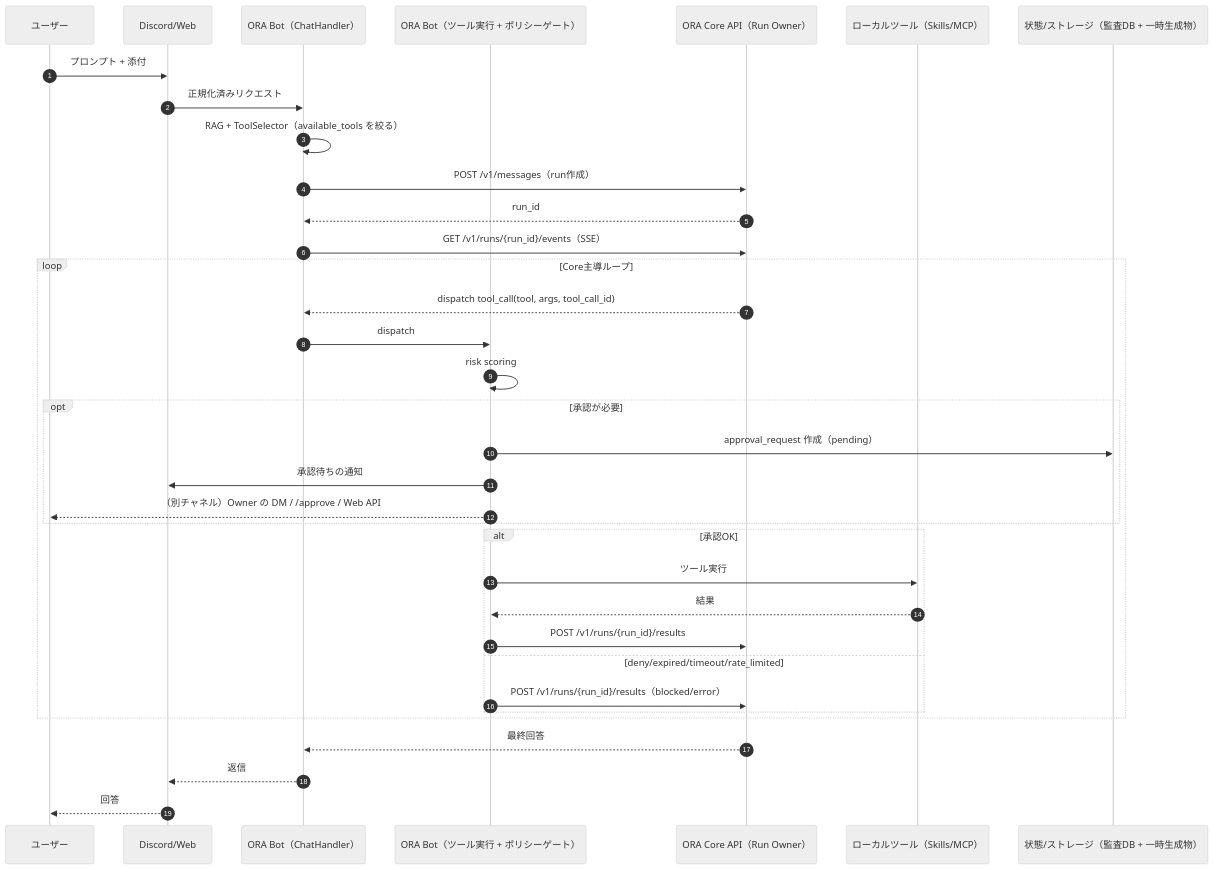
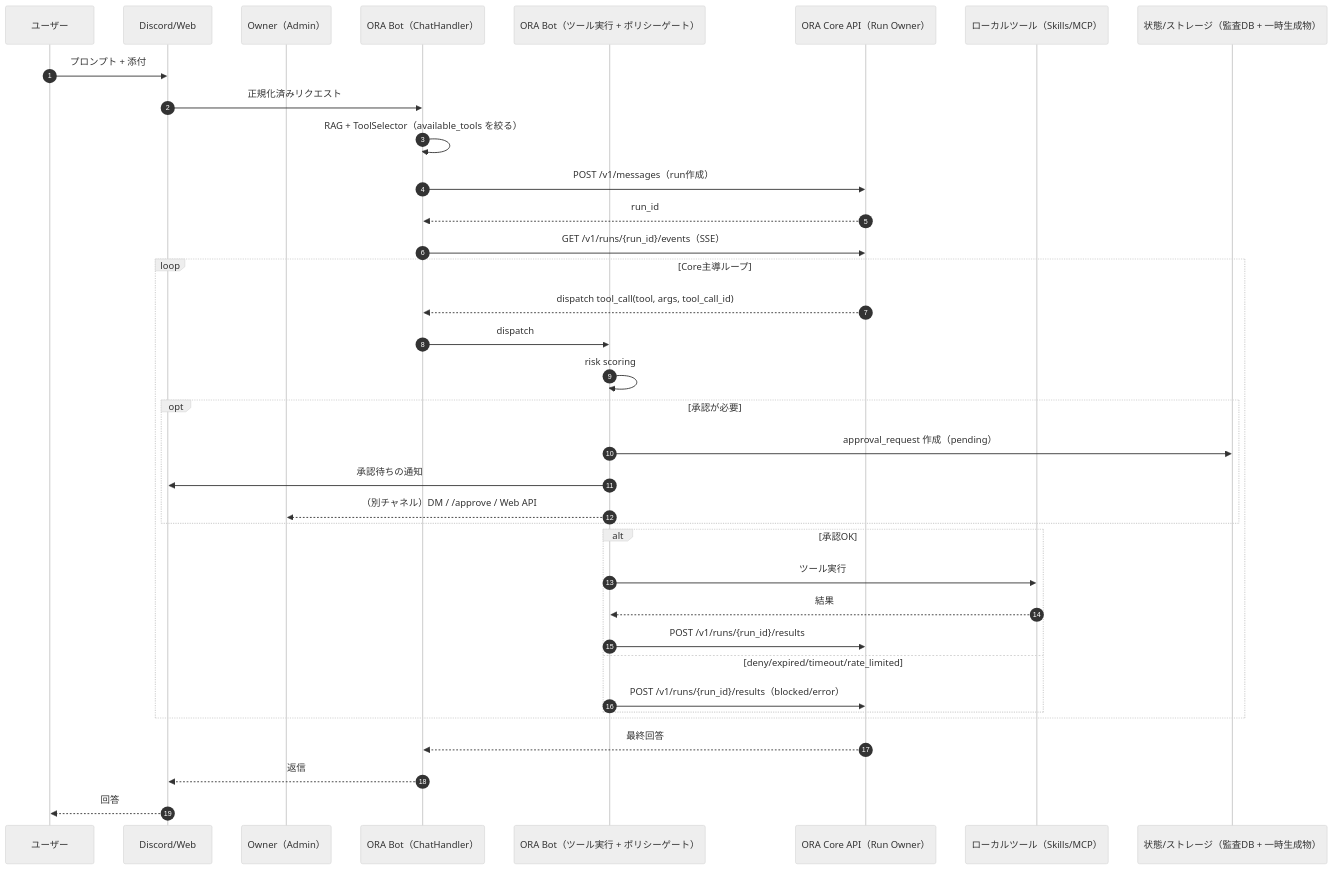
The diagram in README_JP.md (YoneRai12/YonerAI), drawn with Mermaid before and after one commit. The commit also changed 1 other file, not shown here.

Commit message:
docs: clarify owner approval actor in sequence diagram

````diff
--- a/README_JP.md
+++ b/README_JP.md
@@ -194,41 +194,42 @@
 ```mermaid
 %%{init: {"theme":"neutral"}}%%
 sequenceDiagram
     autonumber
     participant U as ユーザー
     participant P as Discord/Web
+    participant O as Owner（Admin）
     participant CH as ORA Bot（ChatHandler）
     participant EX as ORA Bot（ツール実行 + ポリシーゲート）
     participant CORE as ORA Core API（Run Owner）
     participant LT as ローカルツール（Skills/MCP）
     participant ST as 状態/ストレージ（監査DB + 一時生成物）
 
     U->>P: プロンプト + 添付
     P->>CH: 正規化済みリクエスト
     CH->>CH: RAG + ToolSelector（available_tools を絞る）
     CH->>CORE: POST /v1/messages（run作成）
     CORE-->>CH: run_id
     CH->>CORE: GET /v1/runs/{run_id}/events（SSE）
 
     loop Core主導ループ
         CORE-->>CH: dispatch tool_call(tool, args, tool_call_id)
         CH->>EX: dispatch
         EX->>EX: risk scoring
         opt 承認が必要
             EX->>ST: approval_request 作成（pending）
             EX->>P: 承認待ちの通知
-            EX-->>U: （別チャネル）Owner の DM / /approve / Web API
+            EX-->>O: （別チャネル）DM / /approve / Web API
         end
         alt 承認OK
             EX->>LT: ツール実行
             LT-->>EX: 結果
             EX->>CORE: POST /v1/runs/{run_id}/results
         else deny/expired/timeout/rate_limited
             EX->>CORE: POST /v1/runs/{run_id}/results（blocked/error）
         end
     end
 
     CORE-->>CH: 最終回答
     CH-->>P: 返信
     P-->>U: 回答
 ```
````
